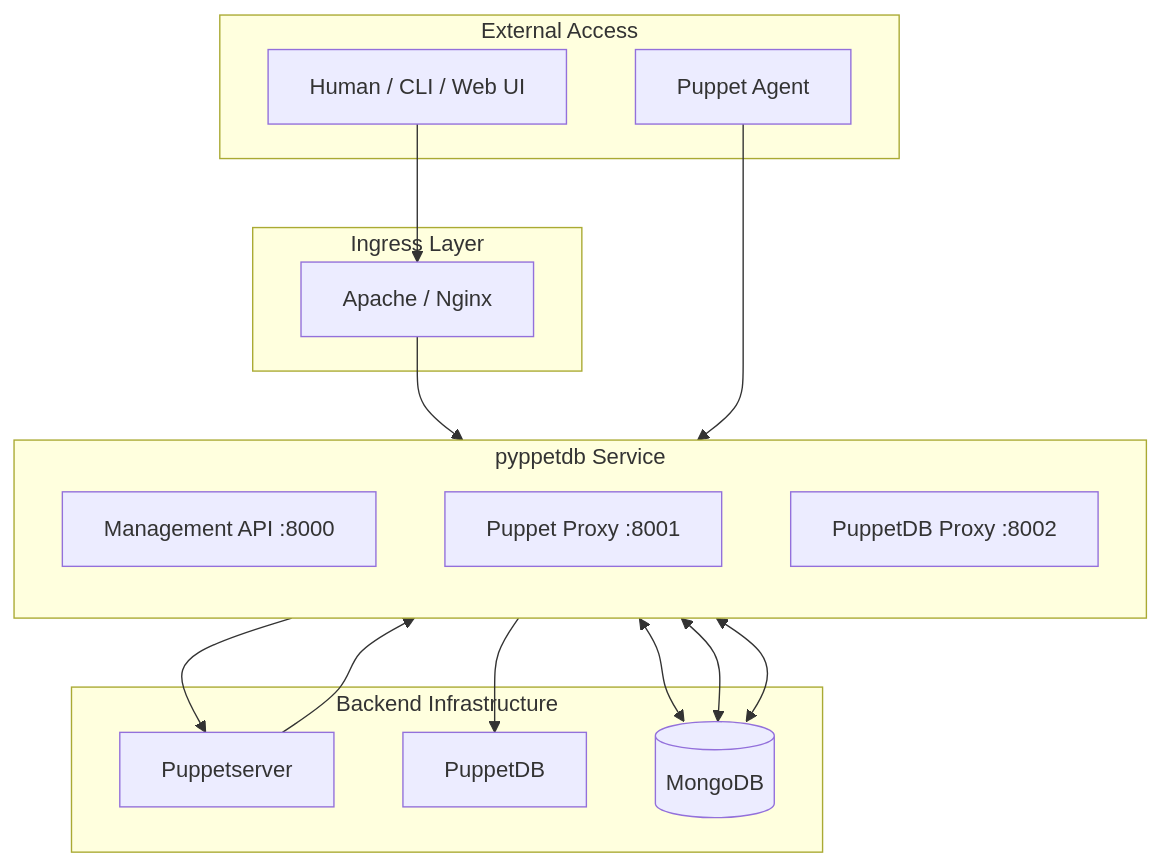
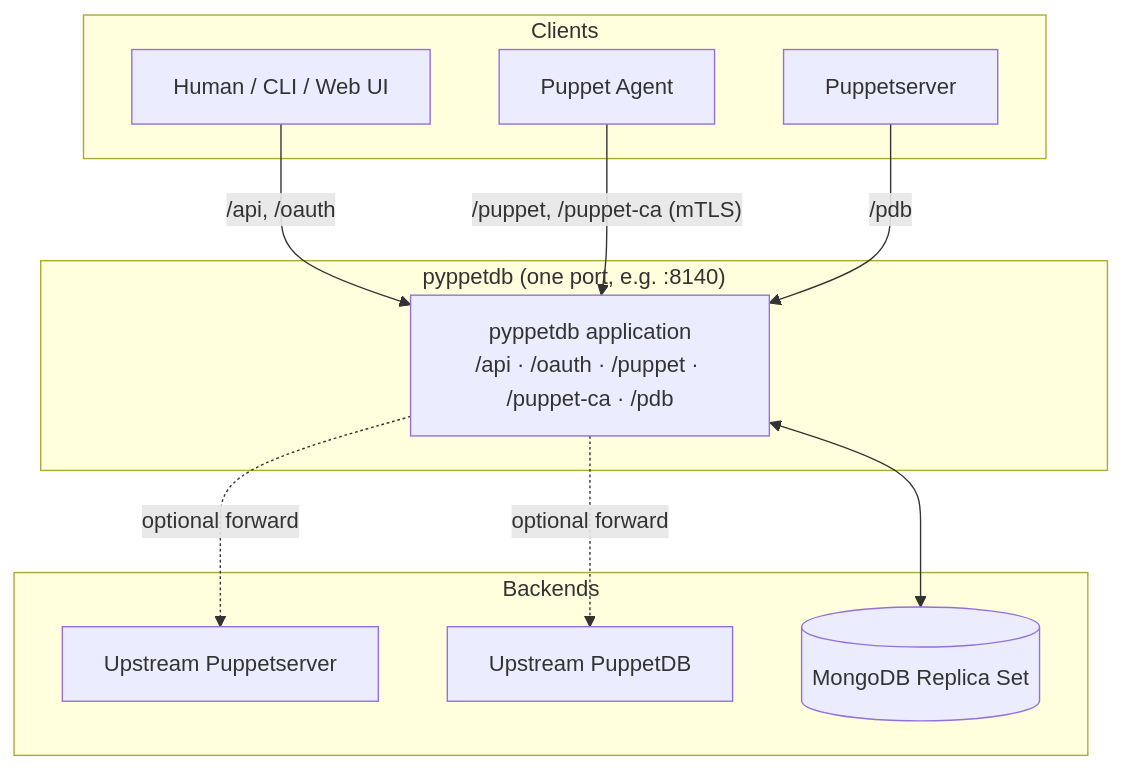
Before and after one commit to schlitzered/pyppetdb: the first of 4 diagrams in docs/architecture.md, drawn with Mermaid. The commit also changed other lines of this file and 8 other files, not shown here.

````diff
--- a/docs/architecture.md
+++ b/docs/architecture.md
@@ -13,31 +26,25 @@
 ```mermaid
 graph TD
-    subgraph "External Access"
+    subgraph "Clients"
         User[Human / CLI / Web UI]
         Agent[Puppet Agent]
+        PS[Puppetserver]
     end
 
-    subgraph "Ingress Layer"
-        Proxy[Apache / Nginx]
+    subgraph "pyppetdb (one port, e.g. :8140)"
+        PP["pyppetdb application<br/>/api · /oauth · /puppet · /puppet-ca · /pdb"]
     end
 
-    subgraph "pyppetdb Service"
-        direction TB
-        API_8000[Management API :8000]
-        Proxy_8001[Puppet Proxy :8001]
-        PDB_8002[PuppetDB Proxy :8002]
+    subgraph "Backends"
+        UPS_PS[Upstream Puppetserver]
+        UPS_PDB[Upstream PuppetDB]
+        DB[(MongoDB Replica Set)]
     end
 
-    subgraph "Backend Infrastructure"
-        PS[Puppetserver]
-        PDB[PuppetDB]
-        DB[(MongoDB)]
-    end
-
-    User --> Proxy --> API_8000
-    Agent --> Proxy_8001
-    Proxy_8001 --> PS
-    PS --> PDB_8002
-    PDB_8002 --> PDB
-    API_8000 & Proxy_8001 & PDB_8002 <--> DB
+    User -- "/api, /oauth" --> PP
+    Agent -- "/puppet, /puppet-ca (mTLS)" --> PP
+    PS -- "/pdb" --> PP
+    PP -. optional forward .-> UPS_PS
+    PP -. optional forward .-> UPS_PDB
+    PP <--> DB
 ```
````
